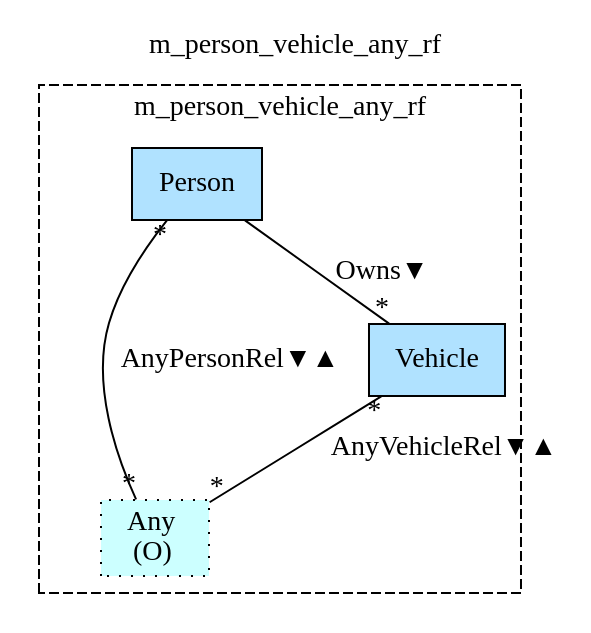
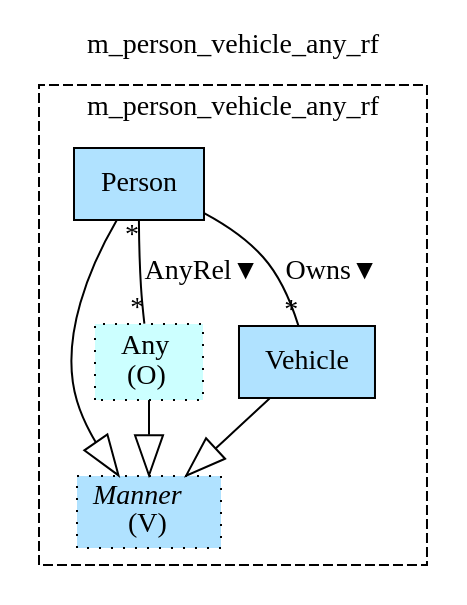
The diagram in Haskell/FragmentaTests/PersonVehicle/img/m_person_vehicle_any_rf.gv (namalio/Fragmenta), drawn with Graphviz before and after one commit. The commit also changed 94 other files, not shown here.

```diff
--- a/Haskell/FragmentaTests/PersonVehicle/img/m_person_vehicle_any_rf.gv
+++ b/Haskell/FragmentaTests/PersonVehicle/img/m_person_vehicle_any_rf.gv
@@ -1,12 +1,15 @@
 digraph {graph[label=m_person_vehicle_any_rf,labelloc=tl,labelfontsize=12];
 subgraph cluster_m_person_vehicle_any_rf{style=dashed;label=m_person_vehicle_any_rf;
+"Manner"[shape=record,fillcolor=lightskyblue1,style ="filled,dotted",label=<{<I>Manner</I><br/>(V)}>];
 "Any"[shape=record,fillcolor="#CCFFFF",style ="filled,dotted",label=<Any<br/>(O)>];
 "Person"[shape=record,fillcolor=lightskyblue1,style = filled,label="Person"];
 "Vehicle"[shape=record,fillcolor=lightskyblue1,style = filled,label="Vehicle"];
 
 "Person"->"Vehicle"[label="Owns▼",dir=none,taillabel="",headlabel="*"];
-"Person"->"Any"[label="AnyPersonRel▼▲",dir=none,taillabel="*",headlabel="*"];
-"Vehicle"->"Any"[label="AnyVehicleRel▼▲",dir=none,taillabel="*",headlabel="*"];
+"Person"->"Manner"[arrowhead=onormal,arrowsize=2.0];
+"Vehicle"->"Manner"[arrowhead=onormal,arrowsize=2.0];
+"Any"->"Manner"[arrowhead=onormal,arrowsize=2.0];
+"Person"->"Any"[label="AnyRel▼",dir=none,taillabel="*",headlabel="*"];
 
 }
 }
```
